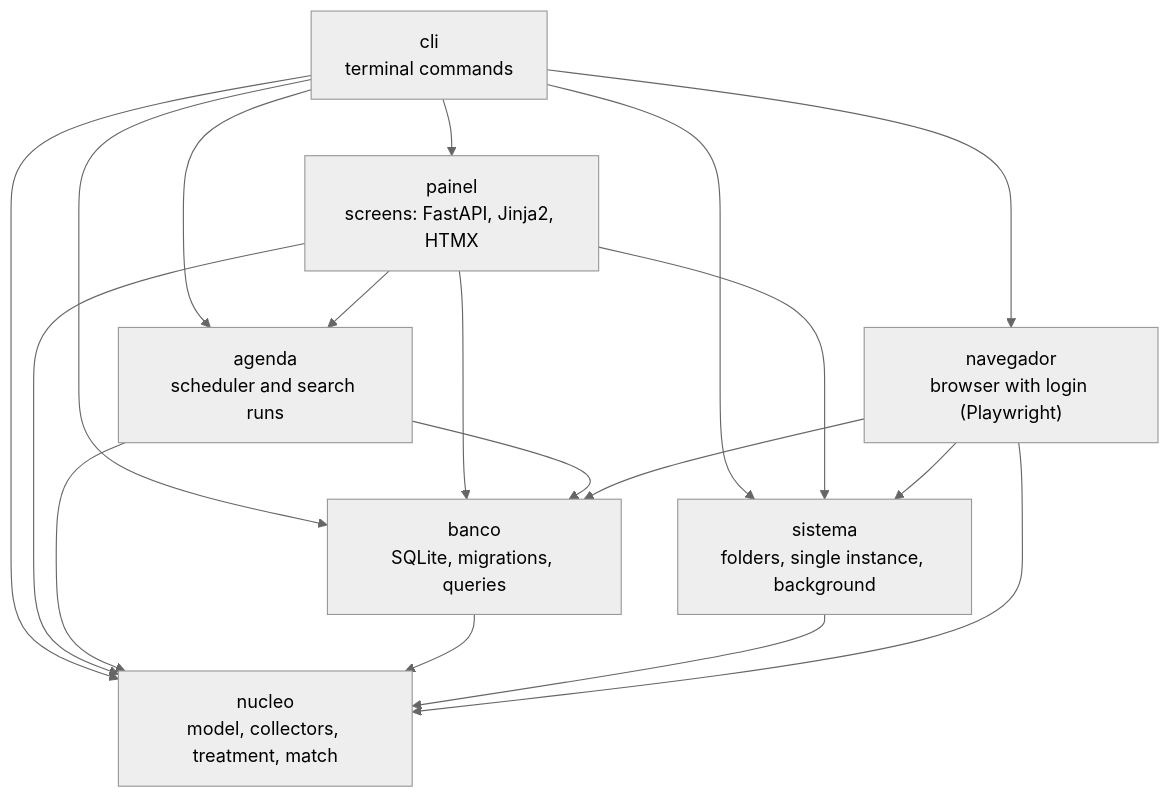
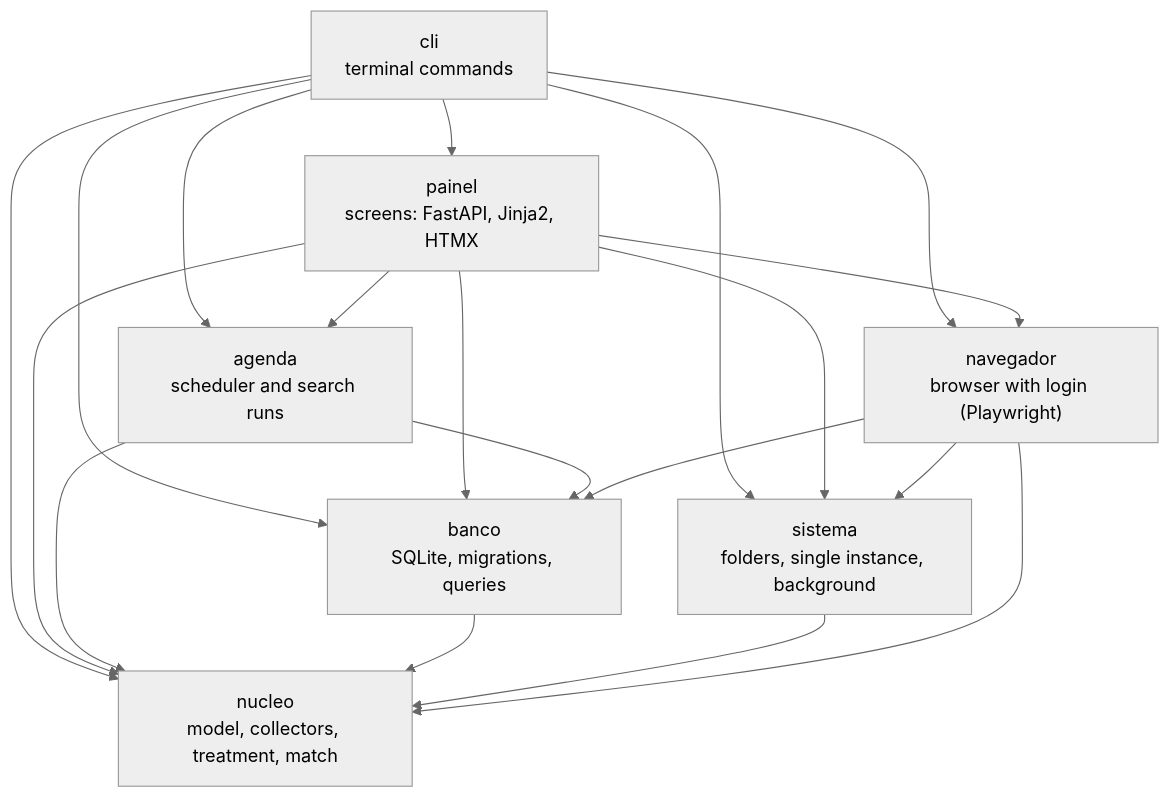
One commit to fezarosa-dev/joBot changed the first of 5 diagrams in wiki/Architecture.md. Above: the diagram before and after it, drawn with Mermaid (neutral theme). The commit also changed 14 other files, not shown here.

````diff
--- a/wiki/Architecture.md
+++ b/wiki/Architecture.md
@@ -43,28 +43,29 @@
 ```mermaid
 flowchart TD
     %% camadas
     cli["cli<br/>terminal commands"]
     painel["painel<br/>screens: FastAPI, Jinja2, HTMX"]
     agenda["agenda<br/>scheduler and search runs"]
     sistema["sistema<br/>folders, single instance, background"]
     banco["banco<br/>SQLite, migrations, queries"]
     navegador["navegador<br/>browser with login (Playwright)"]
     nucleo["nucleo<br/>model, collectors, treatment, match"]
     cli --> painel
     cli --> agenda
     cli --> sistema
     cli --> banco
     cli --> nucleo
     cli --> navegador
+    painel --> navegador
     painel --> agenda
     painel --> sistema
     painel --> banco
     painel --> nucleo
     agenda --> banco
     agenda --> nucleo
     banco --> nucleo
     sistema --> nucleo
     navegador --> sistema
     navegador --> nucleo
     navegador --> banco
 ```
````
